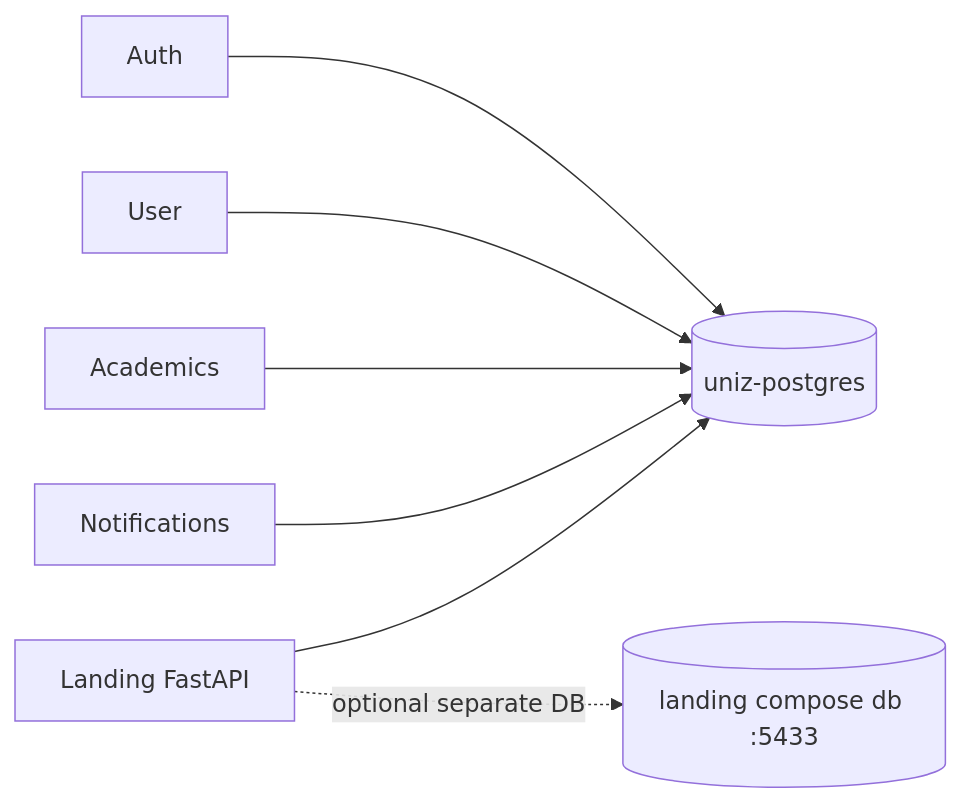
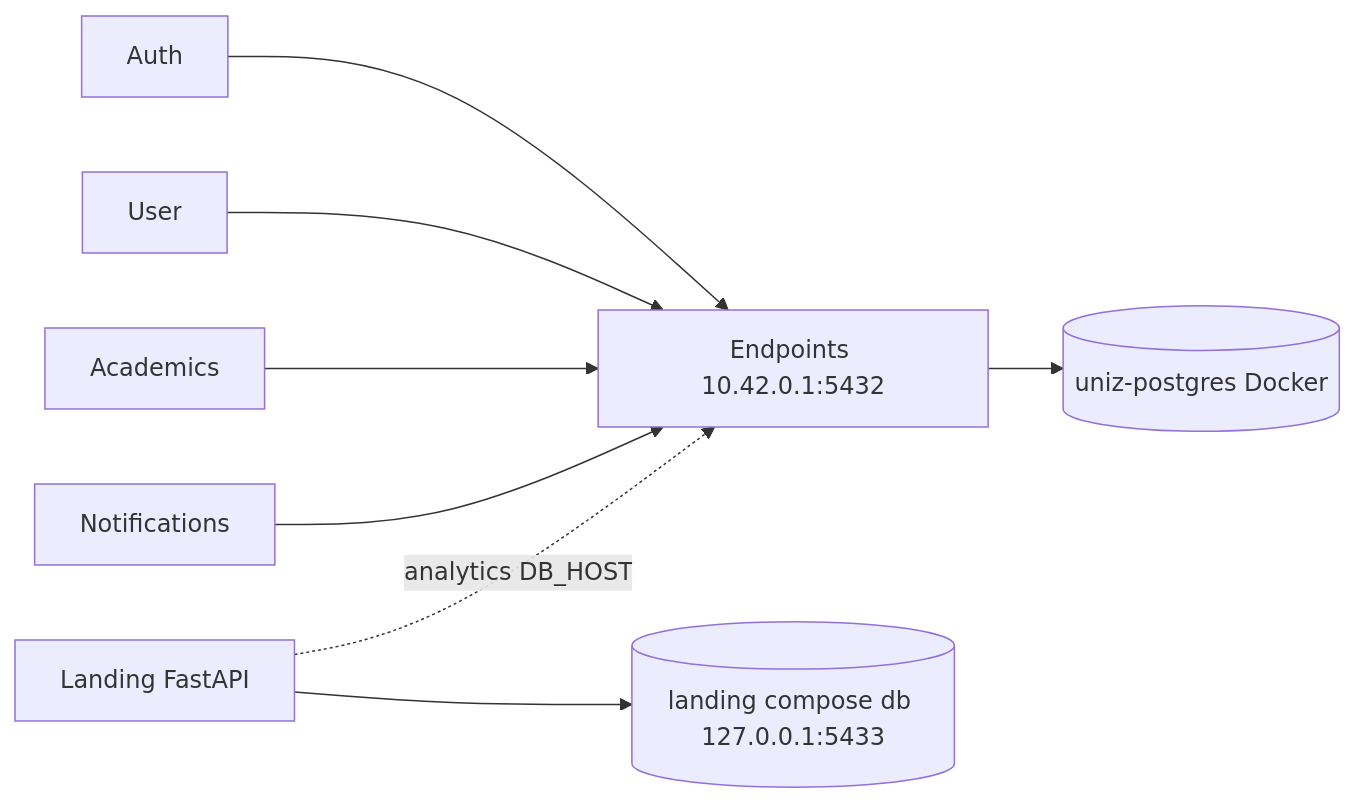
One commit to uniz-rguktong/uniz-master changed the diagram in apps/uniz-docs/system/data-stores.md. Above: the diagram before and after it, drawn with Mermaid. The commit also changed other lines of this file and 10 other files, not shown here.

````diff
--- a/apps/uniz-docs/system/data-stores.md
+++ b/apps/uniz-docs/system/data-stores.md
@@ -10,9 +14,10 @@
 ```mermaid
 flowchart LR
-  Auth --> PG[(uniz-postgres)]
-  User --> PG
-  Acad[Academics] --> PG
-  Notif[Notifications] --> PG
-  Land[Landing FastAPI] --> PG
-  Land -.->|optional separate DB| LandDB[(landing compose db :5433)]
+  Auth --> EP[Endpoints 10.42.0.1:5432]
+  User --> EP
+  Acad[Academics] --> EP
+  Notif[Notifications] --> EP
+  EP --> PG[(uniz-postgres Docker)]
+  Land[Landing FastAPI] --> LandDB[(landing compose db 127.0.0.1:5433)]
+  Land -.->|analytics DB_HOST| EP
 ```
````
